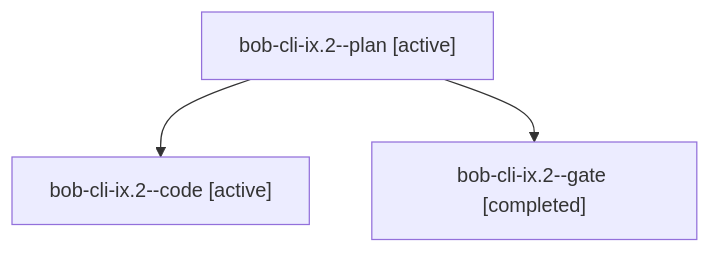
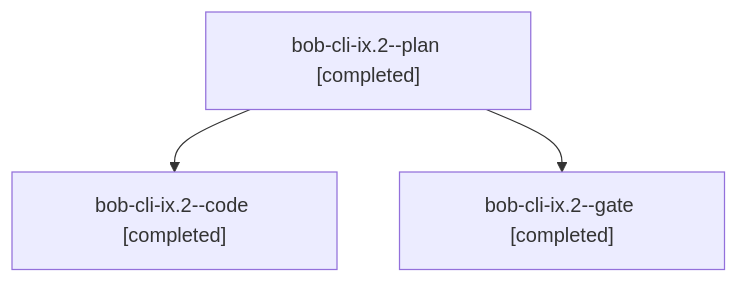
One commit to bobs-org/bob-cli--agents changed the diagram in sessions/bbugyi200.apollo.bob-cli-ix.2.md. Above: the diagram before and after it, drawn with Mermaid. The commit also changed other lines of this file and 25 other files, not shown here.

````diff
--- a/sessions/bbugyi200.apollo.bob-cli-ix.2.md
+++ b/sessions/bbugyi200.apollo.bob-cli-ix.2.md
@@ -9,8 +9,8 @@
 ```mermaid
 flowchart TD
-  n0["bob-cli-ix.2--plan [active]"]
-  n1["bob-cli-ix.2--code [active]"]
+  n0["bob-cli-ix.2--plan [completed]"]
+  n1["bob-cli-ix.2--code [completed]"]
   n0 --> n1
   n2["bob-cli-ix.2--gate [completed]"]
   n0 --> n2
 ```
````
